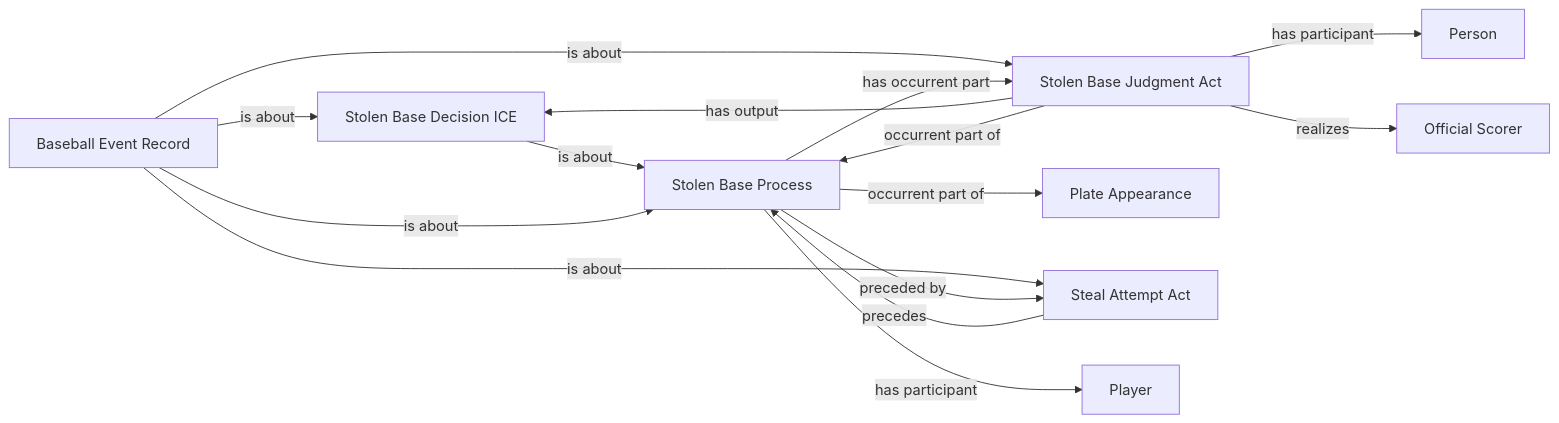
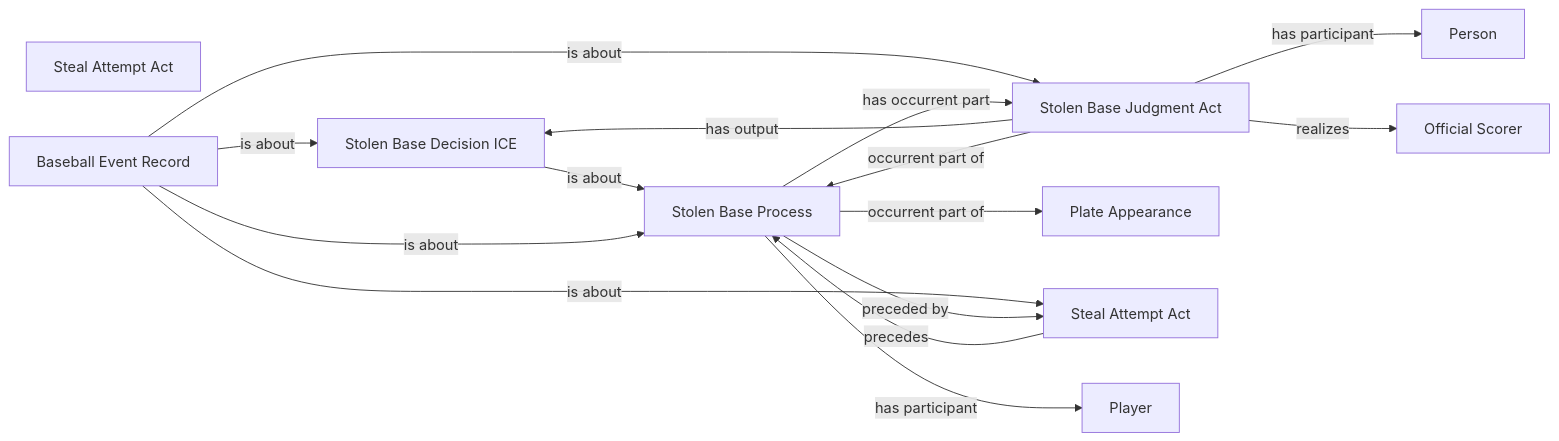
The diagram in Baseball/mermaid/patterns/ontology/43-stolen-base.md (CarterBeauBenson/BaseballO), drawn with Mermaid before and after one commit. The commit also changed other lines of this file and 159 other files, not shown here.

````diff
--- a/Baseball/mermaid/patterns/ontology/43-stolen-base.md
+++ b/Baseball/mermaid/patterns/ontology/43-stolen-base.md
@@ -10,26 +10,27 @@
 ```mermaid
 flowchart LR
     N01["Stolen Base Decision ICE"]
     N02["Stolen Base Judgment Act"]
     N03["Plate Appearance"]
     N04["Steal Attempt Act"]
-    N05["Baseball Event Record"]
-    N06["Stolen Base Process"]
-    N07["Person"]
-    N08["Official Scorer"]
-    N09["Player"]
-    N01 -->|is about| N06
+    N05["Steal Attempt Act"]
+    N06["Baseball Event Record"]
+    N07["Stolen Base Process"]
+    N08["Person"]
+    N09["Official Scorer"]
+    N10["Player"]
+    N01 -->|is about| N07
     N02 -->|has output| N01
-    N02 -->|has participant| N07
-    N02 -->|occurrent part of| N06
-    N02 -->|realizes| N08
-    N04 -->|precedes| N06
-    N05 -->|is about| N01
-    N05 -->|is about| N02
-    N05 -->|is about| N04
-    N05 -->|is about| N06
-    N06 -->|has occurrent part| N02
-    N06 -->|has participant| N09
-    N06 -->|occurrent part of| N03
-    N06 -->|preceded by| N04
+    N02 -->|has participant| N08
+    N02 -->|occurrent part of| N07
+    N02 -->|realizes| N09
+    N04 -->|precedes| N07
+    N06 -->|is about| N01
+    N06 -->|is about| N02
+    N06 -->|is about| N04
+    N06 -->|is about| N07
+    N07 -->|has occurrent part| N02
+    N07 -->|has participant| N10
+    N07 -->|occurrent part of| N03
+    N07 -->|preceded by| N04
 ```
````
